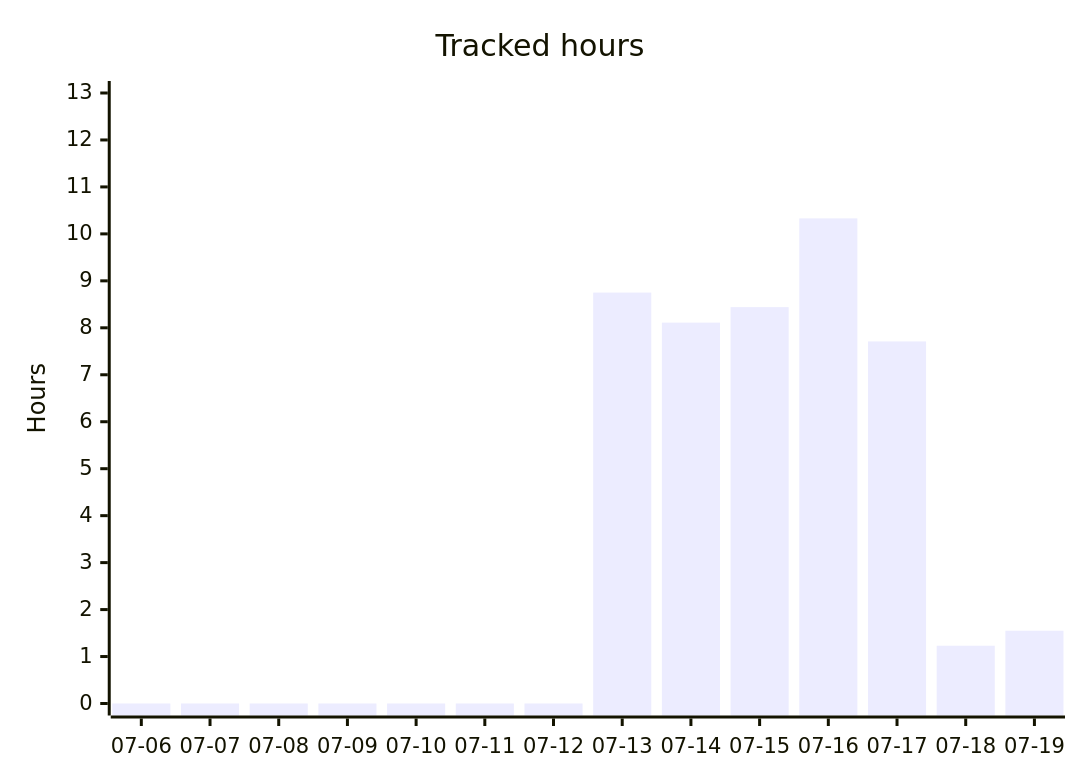
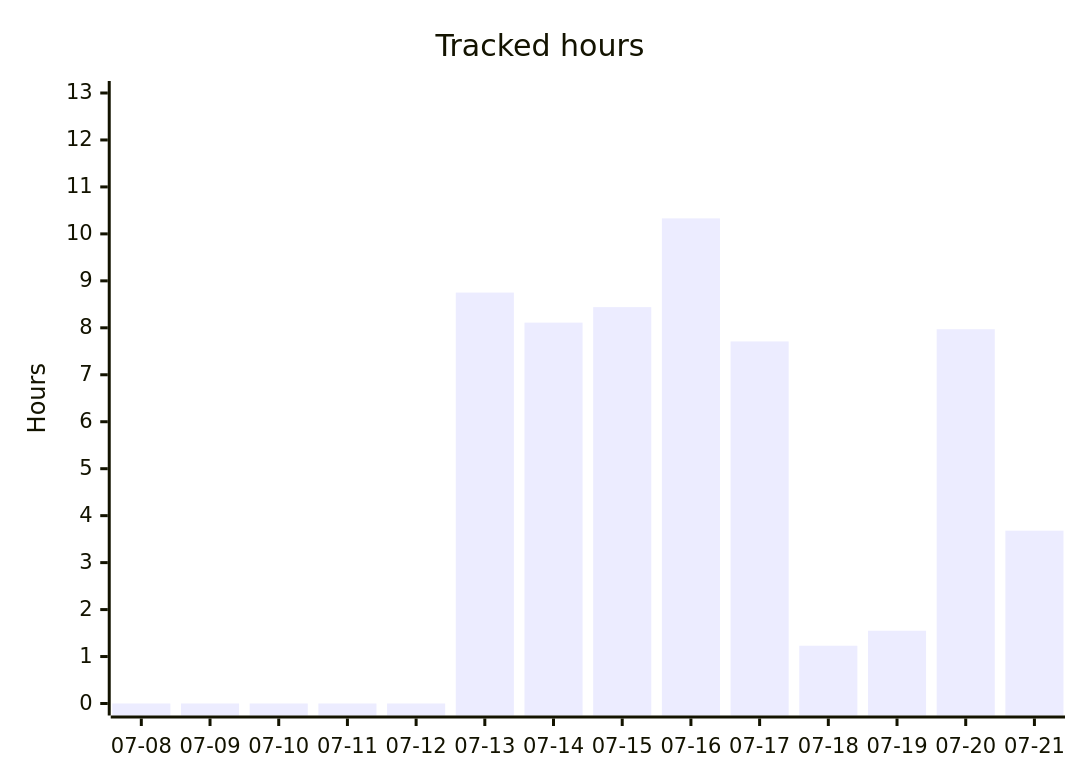
One commit to albinforsberg-netizen/timeclock changed the second of 5 diagrams in README.org. Above: the diagram before and after it, drawn with Mermaid. The commit also changed other lines of this file, not shown here.

```diff
--- a/README.org
+++ b/README.org
@@ -92,7 +92,7 @@
 #+begin_src mermaid
 xychart-beta
     title "Tracked hours"
-    x-axis ["07-06", "07-07", "07-08", "07-09", "07-10", "07-11", "07-12", "07-13", "07-14", "07-15", "07-16", "07-17", "07-18", "07-19"]
+    x-axis ["07-08", "07-09", "07-10", "07-11", "07-12", "07-13", "07-14", "07-15", "07-16", "07-17", "07-18", "07-19", "07-20", "07-21"]
     y-axis "Hours" 0 --> 13
-    bar [0.00, 0.00, 0.00, 0.00, 0.00, 0.00, 0.00, 8.75, 8.11, 8.44, 10.33, 7.71, 1.23, 1.55]
+    bar [0.00, 0.00, 0.00, 0.00, 0.00, 8.75, 8.11, 8.44, 10.33, 7.71, 1.23, 1.55, 7.97, 3.68]
 #+end_src
```
